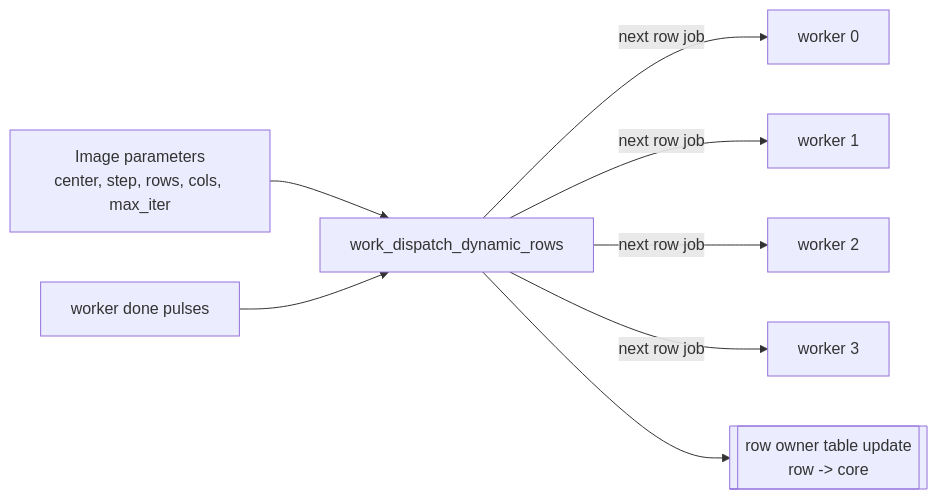
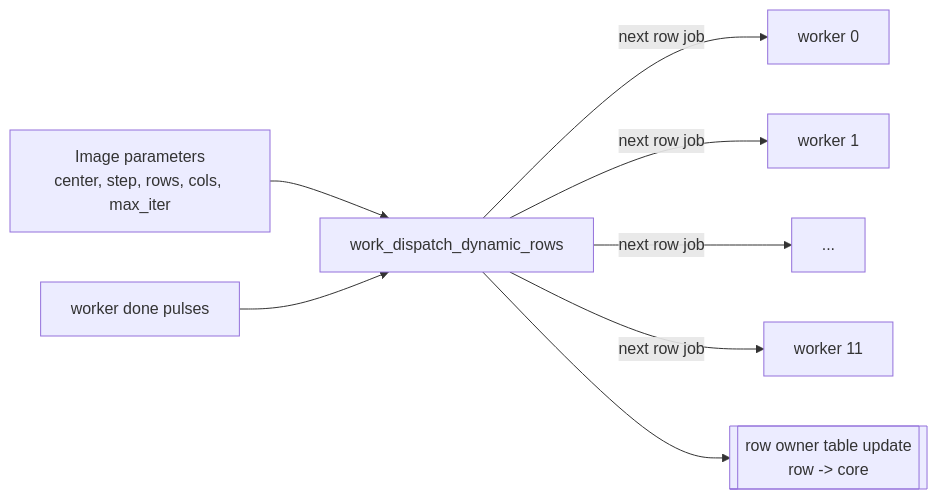
The fourth of 16 diagrams in doc/ARCHITECTURE.md (RESBI/FPGA-Mandelbrot-Demo), drawn with Mermaid before and after one commit. The commit also changed other lines of this file and 35 other files, not shown here.

````diff
--- a/doc/ARCHITECTURE.md
+++ b/doc/ARCHITECTURE.md
@@ -449,10 +444,10 @@
 ```mermaid
 flowchart LR
     PARAM["Image parameters<br/>center, step, rows, cols, max_iter"] --> DYN["work_dispatch_dynamic_rows"]
     DONE["worker done pulses"] --> DYN
     DYN -->|"next row job"| C0["worker 0"]
     DYN -->|"next row job"| C1["worker 1"]
-    DYN -->|"next row job"| C2["worker 2"]
-    DYN -->|"next row job"| C3["worker 3"]
+    DYN -->|"next row job"| C2["..."]
+    DYN -->|"next row job"| C11["worker 11"]
     DYN --> OWNER[["row owner table update<br/>row -> core"]]
 ```
````
